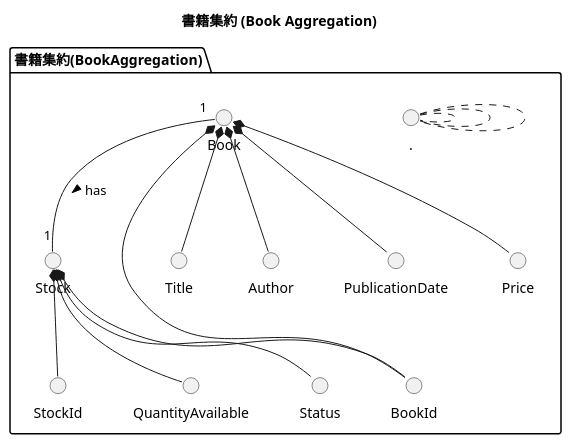
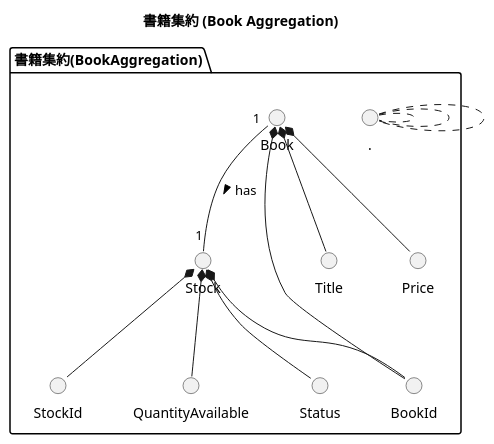
The fifth of 14 diagrams in books/ddd-hands-on/chapter5.md (yamachan0625/zenn), drawn with PlantUML before and after one commit. The commit also changed other lines of this file and 3 other files, not shown here.

````diff
--- a/books/ddd-hands-on/chapter5.md
+++ b/books/ddd-hands-on/chapter5.md
@@ -248,29 +233,27 @@
-```plantuml:OnlineBookstore/.../Book/Book.pu
+```plantuml:OnlineBookstore/StockManagementDomain/Domain/models/Book/Book.pu
 @startuml BookAggregation
 
 title 書籍集約 (Book Aggregation)
 
 package "書籍集約(BookAggregation)" {
     ' 1. エンティティの定義
     ...
-    ' 2. 属性(値オブジェクト)の定義
+    ' 2. 属性の定義
     ...
     ' 3. ルールの追加
     ...
     ' 4. 関連性の定義
     Book "1" -down- "1" Stock : has >
 
     Book *-down- BookId
     Book *-down- Title
-    Book *-down- Author
-    Book *-down- PublicationDate
     Book *-down- Price
 
     Stock *-down- StockId
     Stock *-down- BookId
     Stock *-down- QuantityAvailable
     Stock *-down- Status
 }
 
 @enduml
 ```
````
